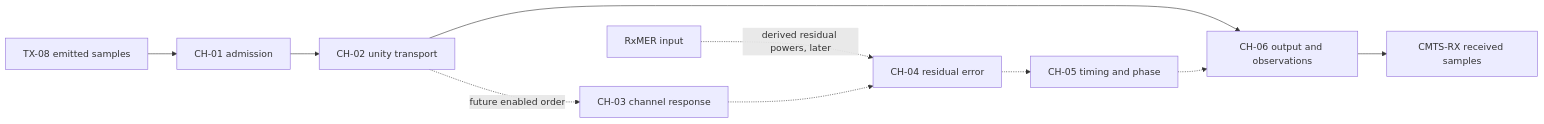
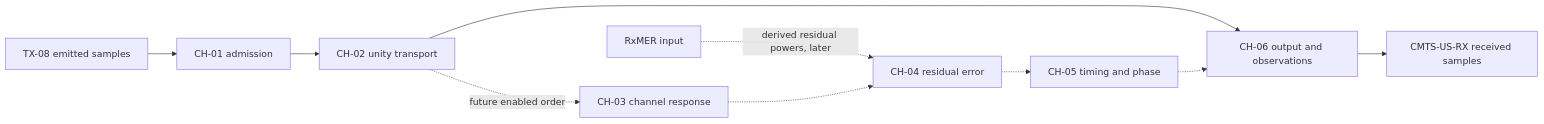
Diagram 12 of 13 in docs/architecture.md (PyPNMApps/morgana), drawn with Mermaid before and after one commit. The commit also changed other lines of this file and 5 other files, not shown here.

Commit message:
Documentation: Rename receiver to CMTS-US-RX - Update diagrams, headings and planning references - Tests: Validation gate and section links pass

````diff
--- a/docs/architecture.md
+++ b/docs/architecture.md
@@ -2264,12 +2264,12 @@
 ```mermaid
 flowchart LR
     TX[TX-08 emitted samples] --> C1[CH-01 admission]
     C1 --> C2[CH-02 unity transport]
     C2 --> C6[CH-06 output and observations]
-    C6 --> RX[CMTS-RX received samples]
+    C6 --> RX[CMTS-US-RX received samples]
     INPUT[RxMER input] -. derived residual powers, later .-> C4[CH-04 residual error]
     C2 -. future enabled order .-> C3[CH-03 channel response]
     C3 -.-> C4
     C4 -.-> C5[CH-05 timing and phase]
     C5 -.-> C6
 ```
````
